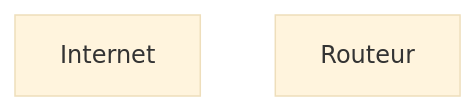
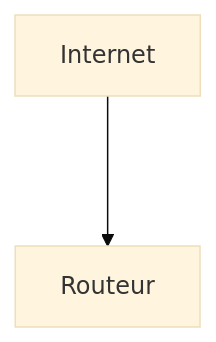
Before and after one commit to snoyy-i/snoyy-i: the diagram in README.md, drawn with Mermaid (base theme).

````diff
--- a/README.md
+++ b/README.md
@@ -2,5 +2,6 @@
 ```mermaid
 graph TD
      A[Internet]
+     A--->B
      B[Routeur]
 ```
````
